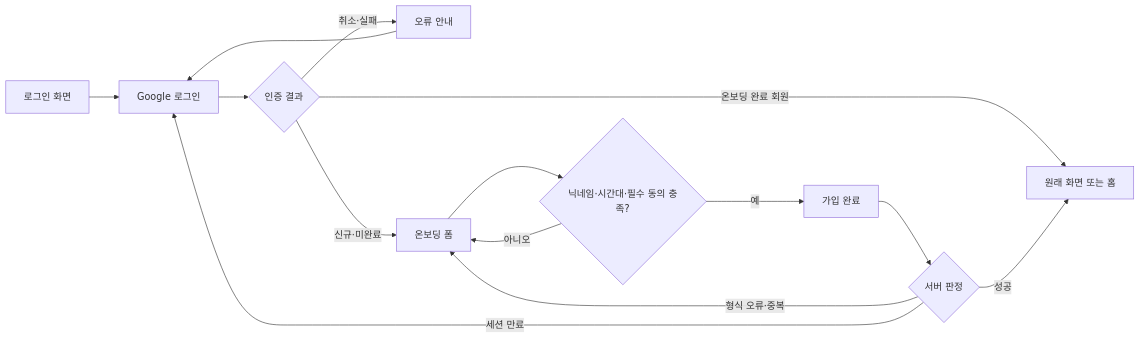
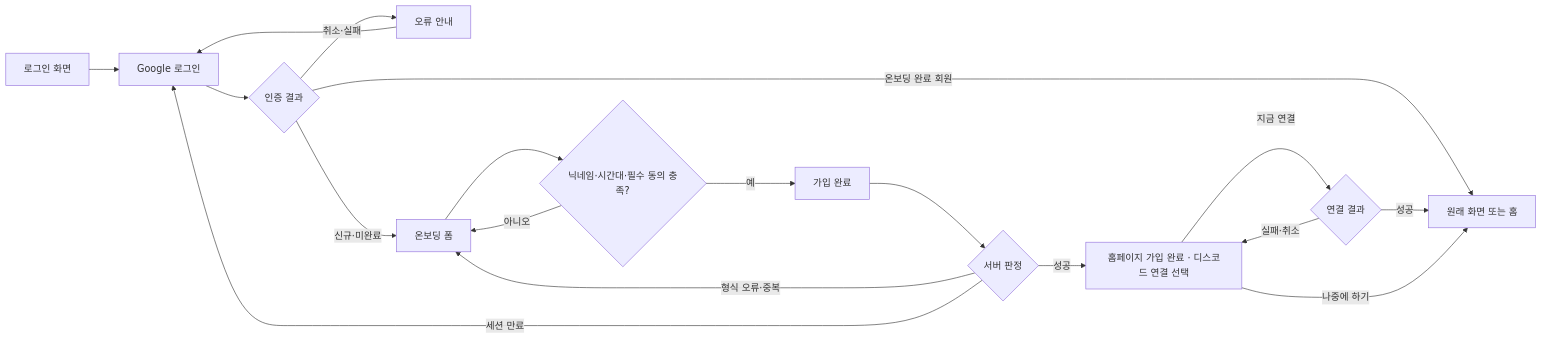
The first of 2 diagrams in 01-planning/stories/crew-google-login-onboarding/PRD.md (StudyClub-PlusPlus/studyclub-engineering), drawn with Mermaid before and after one commit. The commit also changed other lines of this file and 27 other files, not shown here.

````diff
--- a/01-planning/stories/crew-google-login-onboarding/PRD.md
+++ b/01-planning/stories/crew-google-login-onboarding/PRD.md
@@ -9,15 +9,19 @@
 ```mermaid
 flowchart LR
   A["로그인 화면"] --> B["Google 로그인"]
   B --> C{"인증 결과"}
   C -->|"취소·실패"| D["오류 안내"] --> B
   C -->|"온보딩 완료 회원"| E["원래 화면 또는 홈"]
   C -->|"신규·미완료"| F["온보딩 폼"]
   F --> G{"닉네임·시간대·필수 동의 충족?"}
   G -->|아니오| F
   G -->|예| H["가입 완료"]
   H --> I{"서버 판정"}
   I -->|"형식 오류·중복"| F
   I -->|"세션 만료"| B
-  I -->|성공| E
+  I -->|성공| J["홈페이지 가입 완료 · 디스코드 연결 선택"]
+  J -->|지금 연결| K{"연결 결과"}
+  K -->|실패·취소| J
+  K -->|성공| E
+  J -->|나중에 하기| E
 ```
````
